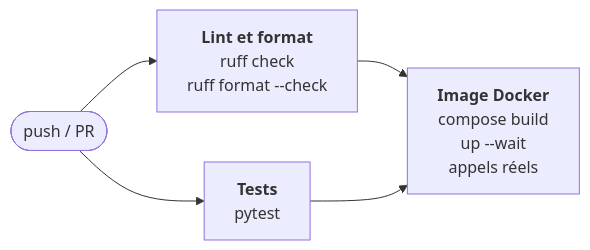
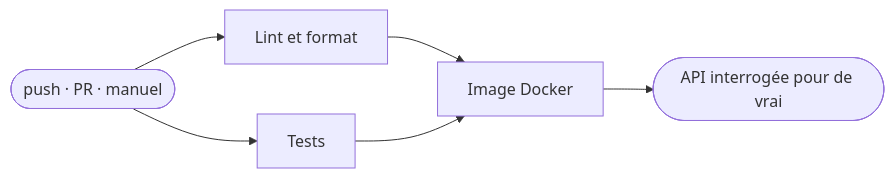
The second of 2 diagrams in README.md (KL38/OC_P12_ML_MLOPS_Predict-Crops-rentability), drawn with Mermaid before and after one commit. The commit also changed other lines of this file and 3 other files, not shown here.

````diff
--- a/README.md
+++ b/README.md
@@ -198,7 +197,8 @@
 ```mermaid
 flowchart LR
-    P(["push / PR"]) --> L["<b>Lint et format</b><br/>ruff check<br/>ruff format --check"]
-    P --> T["<b>Tests</b><br/>pytest"]
-    L --> B["<b>Image Docker</b><br/>compose build<br/>up --wait<br/>appels réels"]
+    P(["push · PR · manuel"]) --> L["Lint et format"]
+    P --> T["Tests"]
+    L --> B["Image Docker"]
     T --> B
+    B --> V(["API interrogée pour de vrai"])
 ```
````
